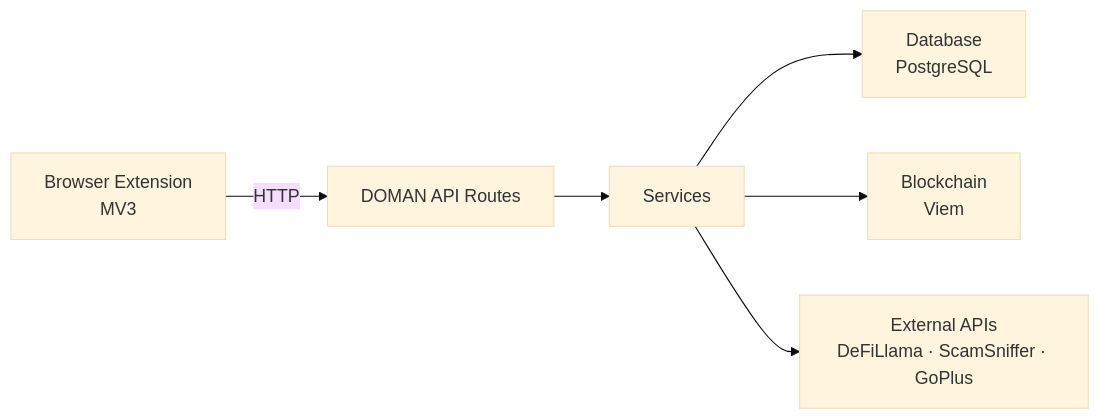
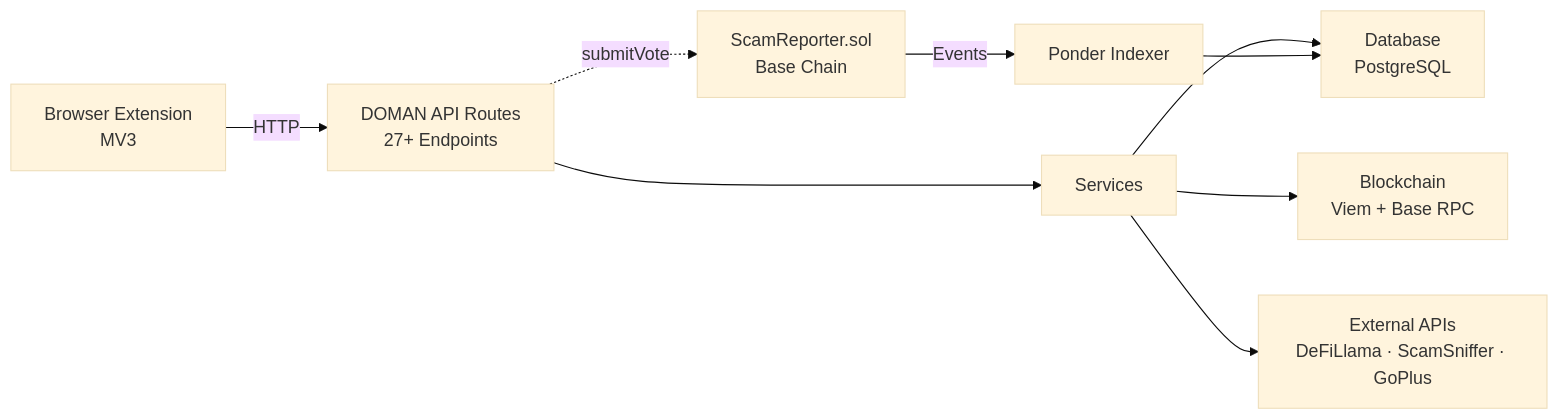
One commit to domanprotocol/docs changed the diagram in docs/index.md. Above: the diagram before and after it, drawn with Mermaid (base theme). The commit also changed other lines of this file and 9 other files, not shown here.

Commit message:
Add Smart Contracts section and detailed documentation for ScamReporter contract

````diff
--- a/docs/index.md
+++ b/docs/index.md
@@ -44,8 +55,11 @@
 ```mermaid
 graph LR
-    A[Browser Extension<br>MV3] -->|HTTP| B[DOMAN API Routes]
+    A[Browser Extension<br>MV3] -->|HTTP| B[DOMAN API Routes<br>27+ Endpoints]
     B --> C[Services]
     C --> D[Database<br>PostgreSQL]
-    C --> E[Blockchain<br>Viem]
+    C --> E[Blockchain<br>Viem + Base RPC]
     C --> F[External APIs<br>DeFiLlama · ScamSniffer · GoPlus]
+    G[ScamReporter.sol<br>Base Chain] -->|Events| H[Ponder Indexer]
+    H --> D
+    B -.->|submitVote| G
 ```
````
